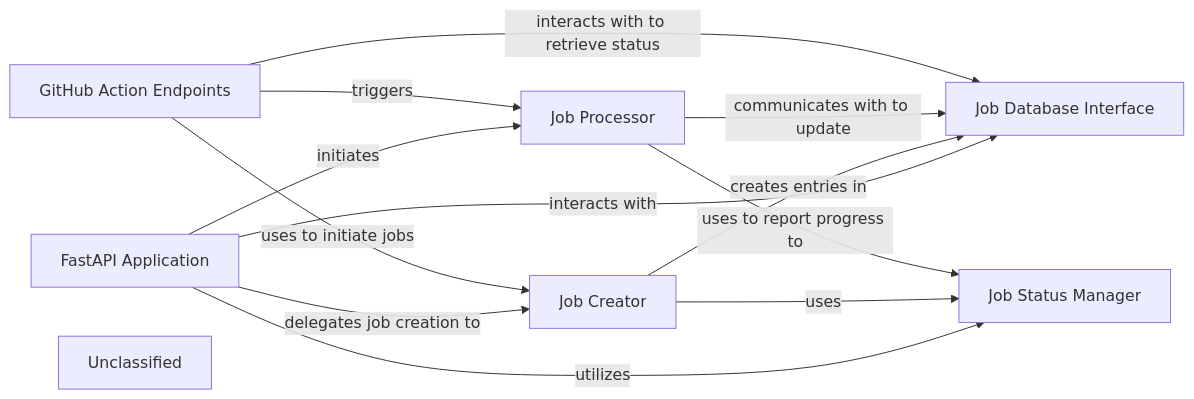
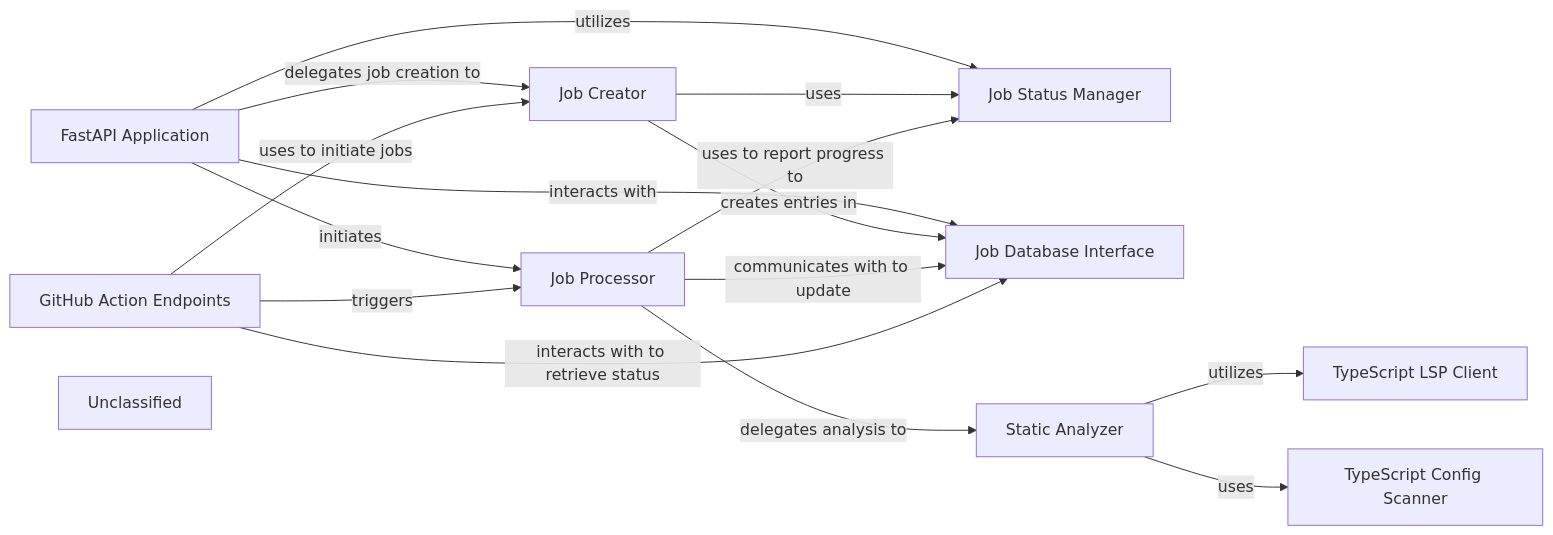
The diagram in .codeboarding/API_Service.md (mariyam866/CodeBoarding), drawn with Mermaid before and after one commit. The commit also changed other lines of this file and 13 other files, not shown here.

First line of the commit message:
docs: update codeboarding documentation and generate architecture

````diff
--- a/.codeboarding/API_Service.md
+++ b/.codeboarding/API_Service.md
@@ -1,21 +1,27 @@
 ```mermaid
 graph LR
     FastAPI_Application["FastAPI Application"]
     Job_Creator["Job Creator"]
     Job_Status_Manager["Job Status Manager"]
     Job_Database_Interface["Job Database Interface"]
     Job_Processor["Job Processor"]
+    Static_Analyzer["Static Analyzer"]
+    TypeScript_LSP_Client["TypeScript LSP Client"]
+    TypeScript_Config_Scanner["TypeScript Config Scanner"]
     GitHub_Action_Endpoints["GitHub Action Endpoints"]
     Unclassified["Unclassified"]
     FastAPI_Application -- "initiates" --> Job_Processor
     FastAPI_Application -- "delegates job creation to" --> Job_Creator
     FastAPI_Application -- "interacts with" --> Job_Database_Interface
     FastAPI_Application -- "utilizes" --> Job_Status_Manager
     Job_Creator -- "uses" --> Job_Status_Manager
     Job_Creator -- "creates entries in" --> Job_Database_Interface
     Job_Processor -- "communicates with to update" --> Job_Database_Interface
     Job_Processor -- "uses to report progress to" --> Job_Status_Manager
+    Job_Processor -- "delegates analysis to" --> Static_Analyzer
     GitHub_Action_Endpoints -- "uses to initiate jobs" --> Job_Creator
     GitHub_Action_Endpoints -- "triggers" --> Job_Processor
     GitHub_Action_Endpoints -- "interacts with to retrieve status" --> Job_Database_Interface
+    Static_Analyzer -- "utilizes" --> TypeScript_LSP_Client
+    Static_Analyzer -- "uses" --> TypeScript_Config_Scanner
 ```
````
